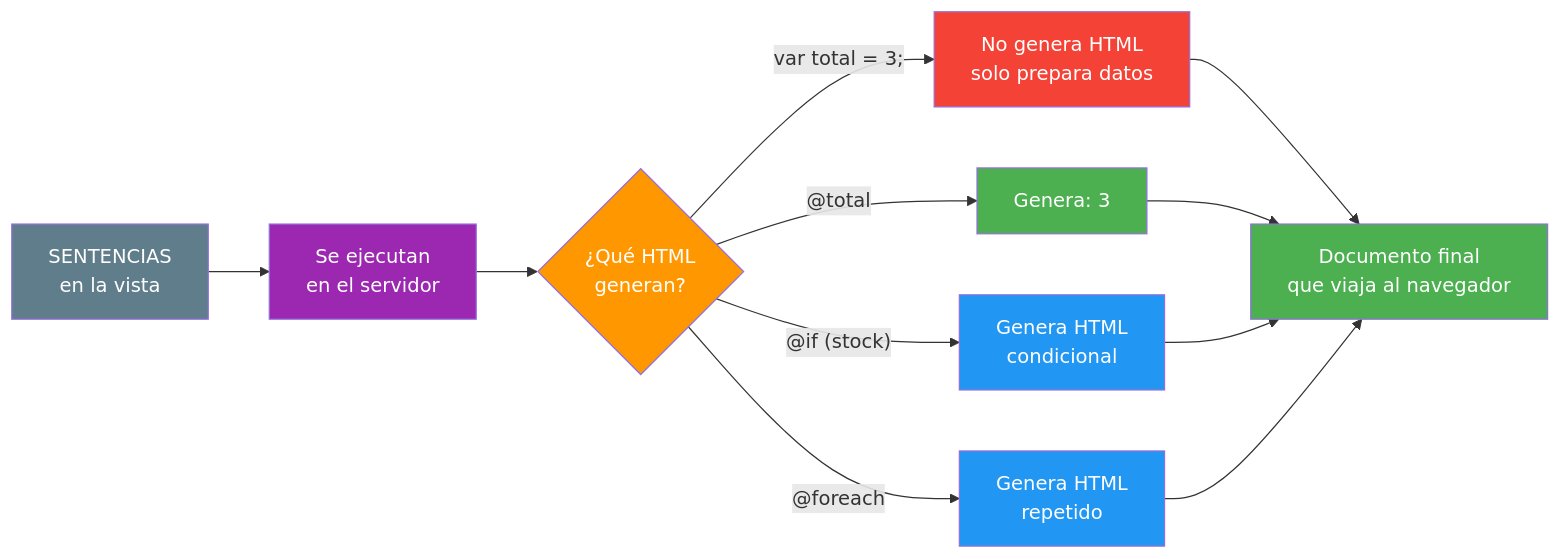
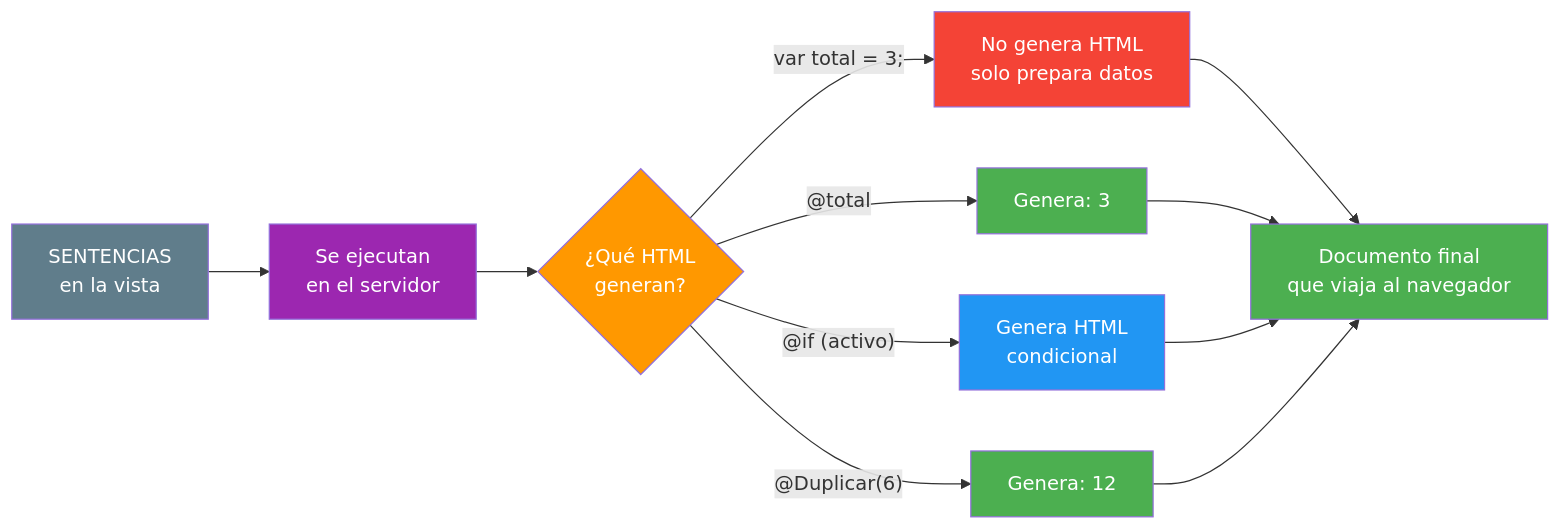
One commit to joseluisgs/DesarrolloWebEntornosServidor-03-2026-2027 changed the third of 7 diagrams in 02-directivas-sintaxis.md. Above: the diagram before and after it, drawn with Mermaid. The commit also changed other lines of this file, not shown here.

````diff
--- a/02-directivas-sintaxis.md
+++ b/02-directivas-sintaxis.md
@@ -272,22 +290,22 @@
 ```mermaid
 graph LR
     A["SENTENCIAS<br/>en la vista"] --> B["Se ejecutan<br/>en el servidor"]
     B --> C{"¿Qué HTML<br/>generan?"}
     C -->|"var total = 3;"| D["No genera HTML<br/>solo prepara datos"]
     C -->|"@total"| E["Genera:  3"]
-    C -->|"@if (stock)"| F["Genera HTML<br/>condicional"]
-    C -->|"@foreach"| G["Genera HTML<br/>repetido"]
+    C -->|"@if (activo)"| F["Genera HTML<br/>condicional"]
+    C -->|"@Duplicar(6)"| G["Genera:  12"]
     D --> H["Documento final<br/>que viaja al navegador"]
     E --> H
     F --> H
     G --> H
 
     style A fill:#607D8B,color:#fff
     style B fill:#9C27B0,color:#fff
     style C fill:#FF9800,color:#fff
     style D fill:#f44336,color:#fff
     style E fill:#4CAF50,color:#fff
     style F fill:#2196F3,color:#fff
-    style G fill:#2196F3,color:#fff
+    style G fill:#4CAF50,color:#fff
     style H fill:#4CAF50,color:#fff
 ```
````
